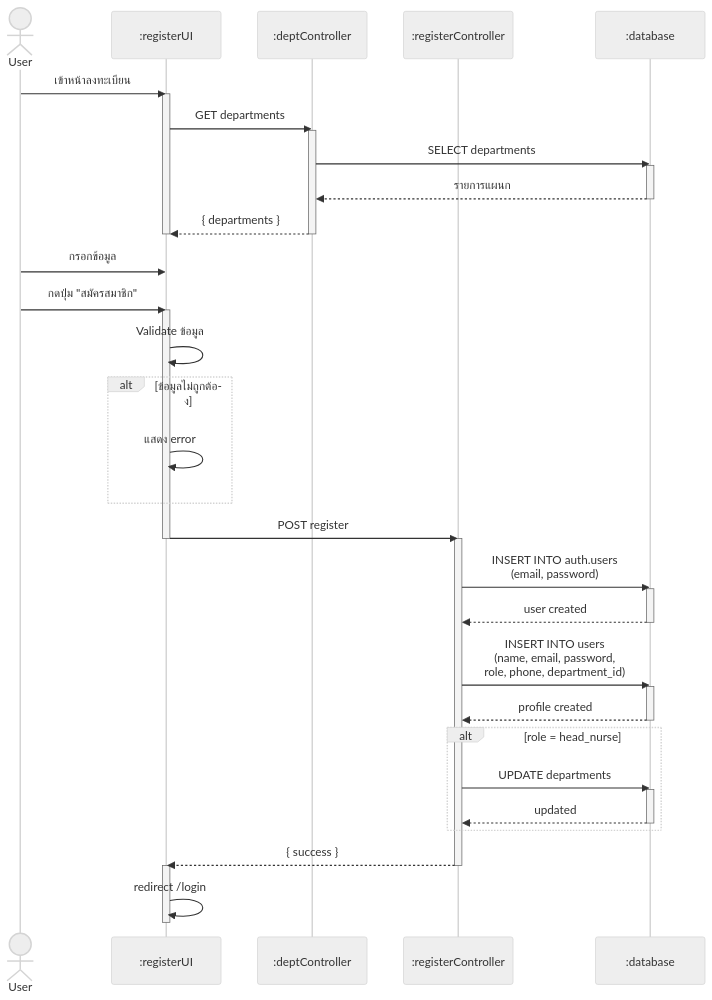
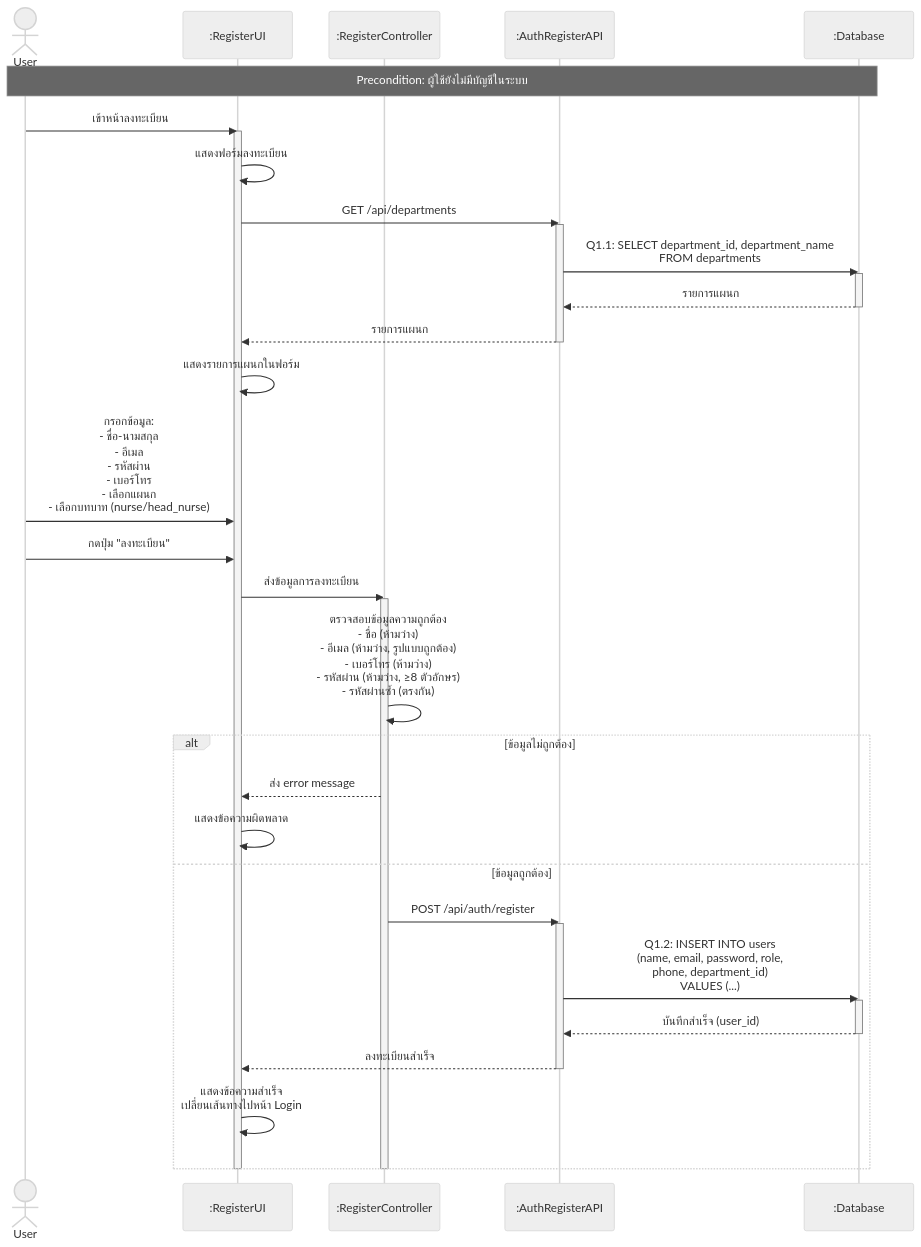
Before and after one commit to sa-project-2025/nurse-shift-system: the diagram in markdown/seq-diagram1.md, drawn with Mermaid (neutral theme). The commit also changed other lines of this file and 35 other files, not shown here.

````diff
--- a/markdown/seq-diagram1.md
+++ b/markdown/seq-diagram1.md
@@ -3,56 +3,50 @@
 ```mermaid
 sequenceDiagram
     actor User
-    participant UI as :registerUI
-    participant DeptCtrl as :deptController
-    participant RegCtrl as :registerController
-    participant DB as :database
+    participant UI as :RegisterUI
+    participant Controller as :RegisterController
+    participant API as :AuthRegisterAPI
+    participant DB as :Database
+
+    Note over User,DB: Precondition: ผู้ใช้ยังไม่มีบัญชีในระบบ
 
     User->>UI: เข้าหน้าลงทะเบียน
     activate UI
-    UI->>DeptCtrl: GET departments
-    activate DeptCtrl
-    DeptCtrl->>DB: SELECT departments
+    UI->>UI: แสดงฟอร์มลงทะเบียน
+
+    UI->>API: GET /api/departments
+    activate API
+    API->>DB: Q1.1: SELECT department_id, department_name<br/>FROM departments
     activate DB
-    DB-->>DeptCtrl: รายการแผนก
+    DB-->>API: รายการแผนก
     deactivate DB
-    DeptCtrl-->>UI: { departments }
-    deactivate DeptCtrl
-    deactivate UI
+    API-->>UI: รายการแผนก
+    deactivate API
+    UI->>UI: แสดงรายการแผนกในฟอร์ม
 
-    User->>UI: กรอกข้อมูล
-    User->>UI: กดปุ่ม "สมัครสมาชิก"
+    User->>UI: กรอกข้อมูล:<br/>- ชื่อ-นามสกุล<br/>- อีเมล<br/>- รหัสผ่าน<br/>- เบอร์โทร<br/>- เลือกแผนก<br/>- เลือกบทบาท (nurse/head_nurse)
 
-    activate UI
-    UI->>UI: Validate ข้อมูล
+    User->>UI: กดปุ่ม "ลงทะเบียน"
+    UI->>Controller: ส่งข้อมูลการลงทะเบียน
+    activate Controller
+
+    Controller->>Controller: ตรวจสอบข้อมูลความถูกต้อง<br/>- ชื่อ (ห้ามว่าง)<br/>- อีเมล (ห้ามว่าง, รูปแบบถูกต้อง)<br/>- เบอร์โทร (ห้ามว่าง)<br/>- รหัสผ่าน (ห้ามว่าง, ≥8 ตัวอักษร)<br/>- รหัสผ่านซ้ำ (ตรงกัน)
 
     alt ข้อมูลไม่ถูกต้อง
-        UI->>UI: แสดง error
+        Controller-->>UI: ส่ง error message
+        UI->>UI: แสดงข้อความผิดพลาด
+    else ข้อมูลถูกต้อง
+        Controller->>API: POST /api/auth/register
+        activate API
+        API->>DB: Q1.2: INSERT INTO users<br/>(name, email, password, role,<br/>phone, department_id)<br/>VALUES (...)
+        activate DB
+        DB-->>API: บันทึกสำเร็จ (user_id)
+        deactivate DB
+        API-->>UI: ลงทะเบียนสำเร็จ
+        deactivate API
+        UI->>UI: แสดงข้อความสำเร็จ<br/>เปลี่ยนเส้นทางไปหน้า Login
     end
 
-    UI->>RegCtrl: POST register
-    deactivate UI
-    activate RegCtrl
-    RegCtrl->>DB: INSERT INTO auth.users<br/>(email, password)
-    activate DB
-    DB-->>RegCtrl: user created
-    deactivate DB
-
-    RegCtrl->>DB: INSERT INTO users<br/>(name, email, password,<br/>role, phone, department_id)
-    activate DB
-    DB-->>RegCtrl: profile created
-    deactivate DB
-
-    alt role = head_nurse
-        RegCtrl->>DB: UPDATE departments
-        activate DB
-        DB-->>RegCtrl: updated
-        deactivate DB
-    end
-
-    RegCtrl-->>UI: { success }
-    deactivate RegCtrl
-    activate UI
-    UI->>UI: redirect /login
+    deactivate Controller
     deactivate UI
 ```
````
